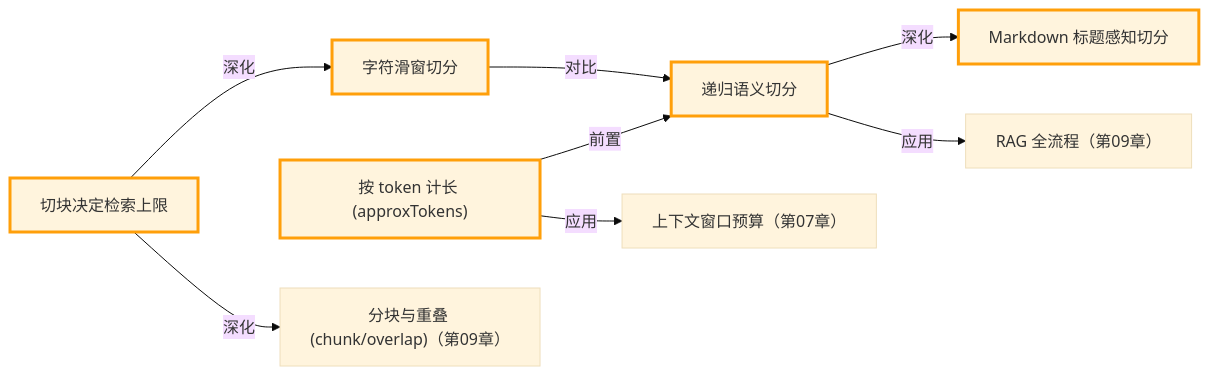
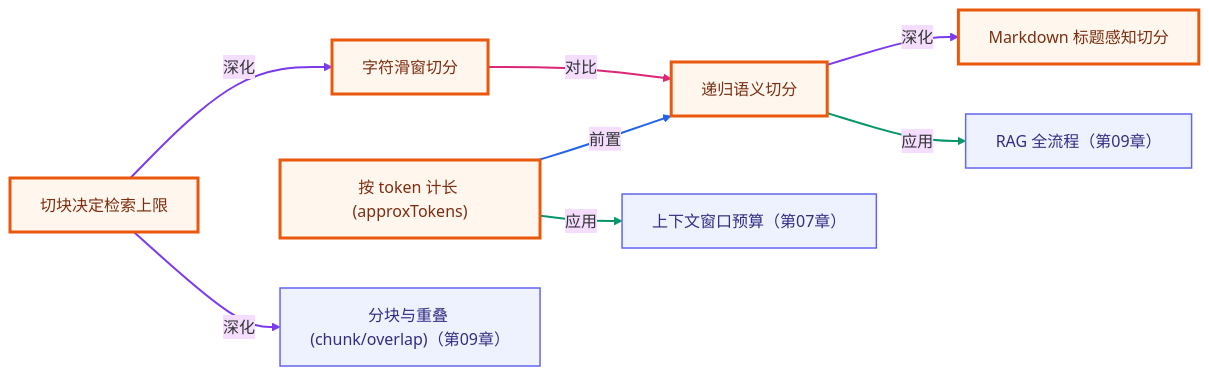
The second of 2 diagrams in rag-advanced/01-chunking-strategies/README.md (songuu/agent), drawn with Mermaid (base theme) before and after one commit. The commit also changed other lines of this file and 72 other files, not shown here.

````diff
--- a/rag-advanced/01-chunking-strategies/README.md
+++ b/rag-advanced/01-chunking-strategies/README.md
@@ -176,23 +178,29 @@
 ```mermaid
 graph LR
+  classDef own fill:#fff7ed,stroke:#ea580c,stroke-width:3px,color:#7c2d12;
+  classDef cross fill:#eef2ff,stroke:#6366f1,stroke-width:1.5px,color:#312e81;
   n_cragchunk_why_matters["切块决定检索上限"]
   n_cragchunk_sliding_window["字符滑窗切分"]
   n_cragchunk_recursive["递归语义切分"]
   n_cragchunk_markdown_aware["Markdown 标题感知切分"]
   n_cragchunk_token_budget["按 token 计长 (approxTokens)"]
   n_c09_chunk_overlap["分块与重叠 (chunk/overlap)（第09章）"]
   n_c09_rag_pipeline["RAG 全流程（第09章）"]
   n_c07_context_window_budget["上下文窗口预算（第07章）"]
   n_cragchunk_why_matters -->|深化| n_cragchunk_sliding_window
   n_cragchunk_sliding_window -->|对比| n_cragchunk_recursive
   n_cragchunk_recursive -->|深化| n_cragchunk_markdown_aware
   n_cragchunk_token_budget -->|前置| n_cragchunk_recursive
   n_cragchunk_why_matters -->|深化| n_c09_chunk_overlap
   n_cragchunk_recursive -->|应用| n_c09_rag_pipeline
   n_cragchunk_token_budget -->|应用| n_c07_context_window_budget
-  style n_cragchunk_why_matters stroke:#ff9f0a,stroke-width:3px
-  style n_cragchunk_sliding_window stroke:#ff9f0a,stroke-width:3px
-  style n_cragchunk_recursive stroke:#ff9f0a,stroke-width:3px
-  style n_cragchunk_markdown_aware stroke:#ff9f0a,stroke-width:3px
-  style n_cragchunk_token_budget stroke:#ff9f0a,stroke-width:3px
+  class n_cragchunk_why_matters,n_cragchunk_sliding_window,n_cragchunk_recursive,n_cragchunk_markdown_aware,n_cragchunk_token_budget own;
+  class n_c09_chunk_overlap,n_c09_rag_pipeline,n_c07_context_window_budget cross;
+  linkStyle 0 stroke:#7c3aed,stroke-width:2px;
+  linkStyle 1 stroke:#db2777,stroke-width:2px;
+  linkStyle 2 stroke:#7c3aed,stroke-width:2px;
+  linkStyle 3 stroke:#2563eb,stroke-width:2px;
+  linkStyle 4 stroke:#7c3aed,stroke-width:2px;
+  linkStyle 5 stroke:#059669,stroke-width:2px;
+  linkStyle 6 stroke:#059669,stroke-width:2px;
 ```
````
